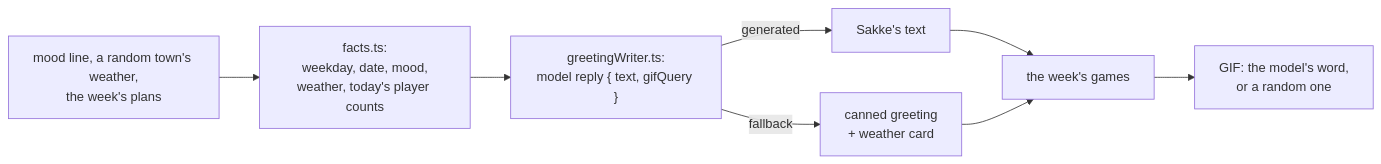
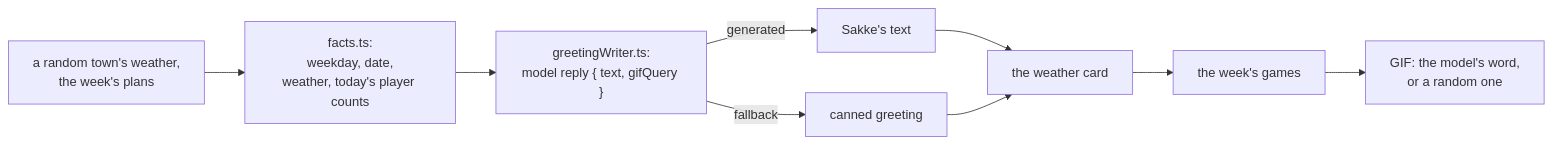
One commit to saarinenvh/sakariheitaja changed the diagram in src/features/morning-greeting/README.md. Above: the diagram before and after it, drawn with Mermaid. The commit also changed other lines of this file and 25 other files, not shown here.

First line of the commit message:
fix: the weather card with every greeting, Sakke always says good morning, and a greeting eval harness

````diff
--- a/src/features/morning-greeting/README.md
+++ b/src/features/morning-greeting/README.md
@@ -16,10 +17,11 @@
 ```mermaid
 flowchart LR
-    Gather["mood line, a random town's weather,<br/>the week's plans"] --> Facts["facts.ts:<br/>weekday, date, mood,<br/>weather, today's player counts"]
+    Gather["a random town's weather,<br/>the week's plans"] --> Facts["facts.ts:<br/>weekday, date,<br/>weather, today's player counts"]
     Facts --> Writer["greetingWriter.ts:<br/>model reply { text, gifQuery }"]
     Writer -->|generated| Text["Sakke's text"]
-    Writer -->|fallback| Canned["canned greeting<br/>+ weather card"]
-    Text --> Games["the week's games"]
-    Canned --> Games
+    Writer -->|fallback| Canned["canned greeting"]
+    Text --> Weather["the weather card"]
+    Canned --> Weather
+    Weather --> Games["the week's games"]
     Games --> Gif["GIF: the model's word,<br/>or a random one"]
 ```
````
